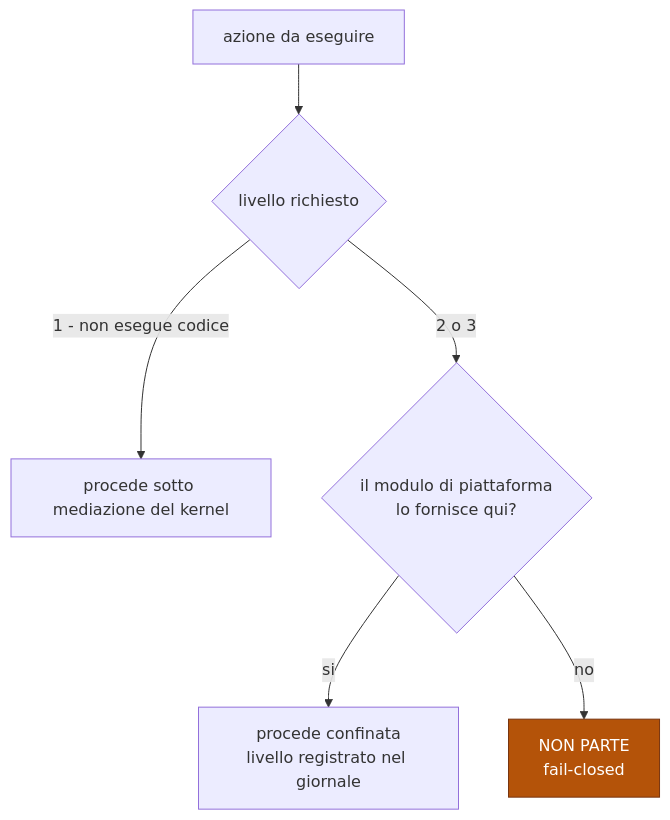
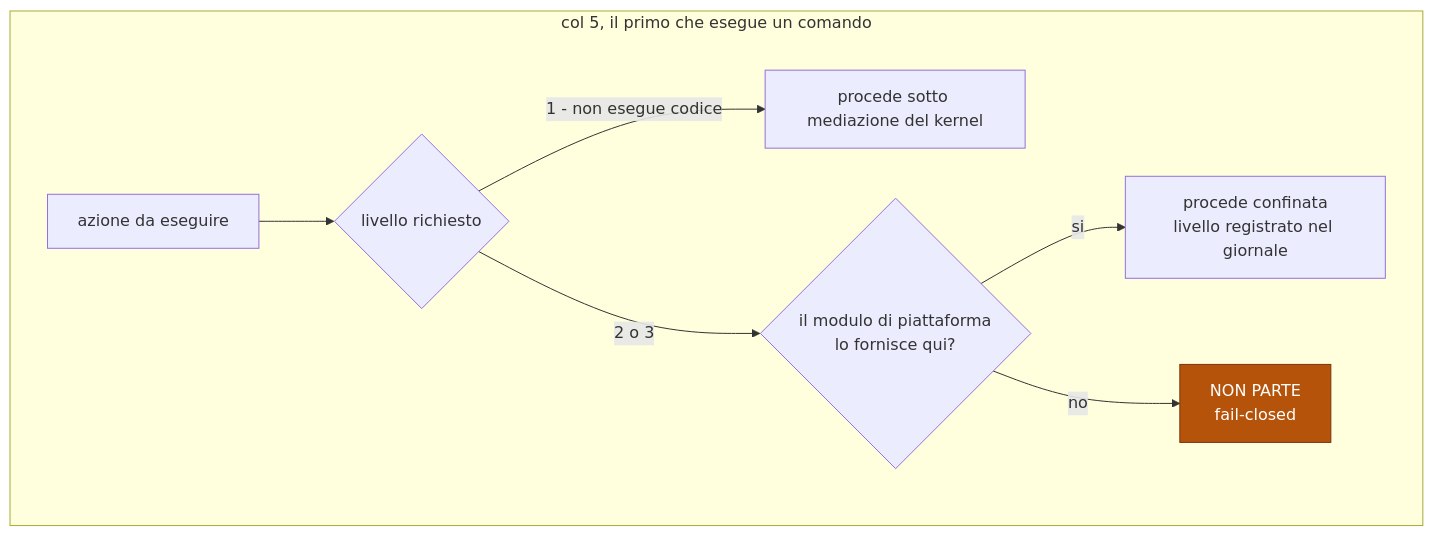
Before and after one commit to devfrx/daemon: the fourth of 4 diagrams in docs/design/09-l0-fisico.md, drawn with Mermaid. The commit also changed other lines of this file and 1 other file, not shown here.

First line of the commit message:
audit(2026-09-30): I diagrammi 09-10, col «(col 15)» della cifratura

````diff
--- a/docs/design/09-l0-fisico.md
+++ b/docs/design/09-l0-fisico.md
@@ -147,11 +178,13 @@
 ```mermaid
 flowchart TD
-    A["azione da eseguire"] --> L{"livello richiesto"}
-    L -->|"1 - non esegue codice"| OK1["procede sotto mediazione del kernel"]
-    L -->|"2 o 3"| D{"il modulo di piattaforma<br/>lo fornisce qui?"}
-    D -->|si| OK2["procede confinata<br/>livello registrato nel giornale"]
-    D -->|no| FC["NON PARTE<br/>fail-closed"]
+    subgraph C5["col 5, il primo che esegue un comando"]
+        A["azione da eseguire"] --> L{"livello richiesto"}
+        L -->|"1 - non esegue codice"| OK1["procede sotto mediazione del kernel"]
+        L -->|"2 o 3"| D{"il modulo di piattaforma<br/>lo fornisce qui?"}
+        D -->|si| OK2["procede confinata<br/>livello registrato nel giornale"]
+        D -->|no| FC["NON PARTE<br/>fail-closed"]
+    end
 
     classDef bad fill:#b45309,stroke:#78350f,color:#fff
     class FC bad
 ```
````
